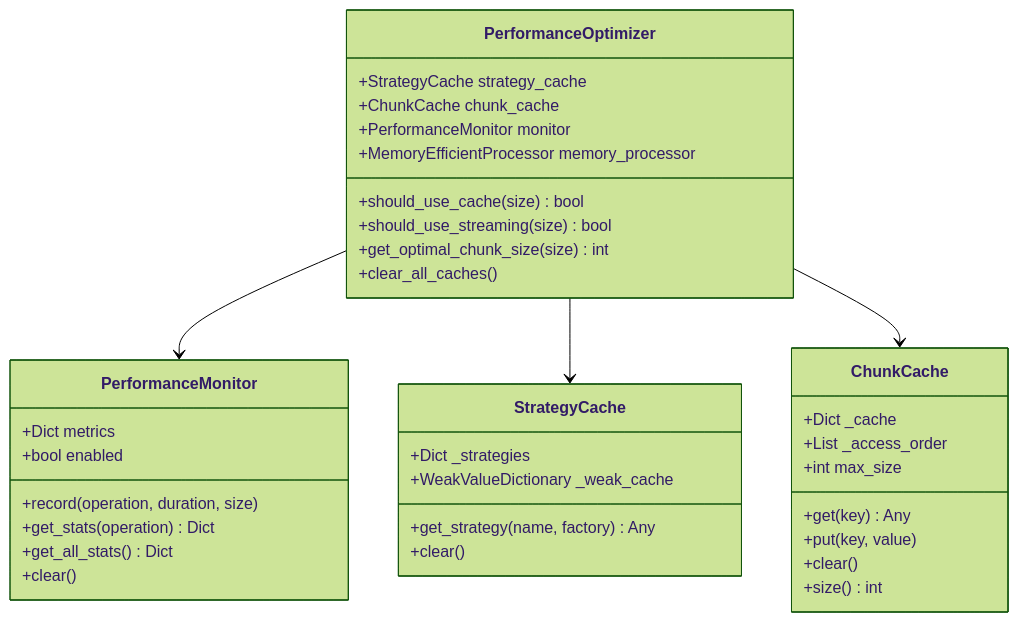
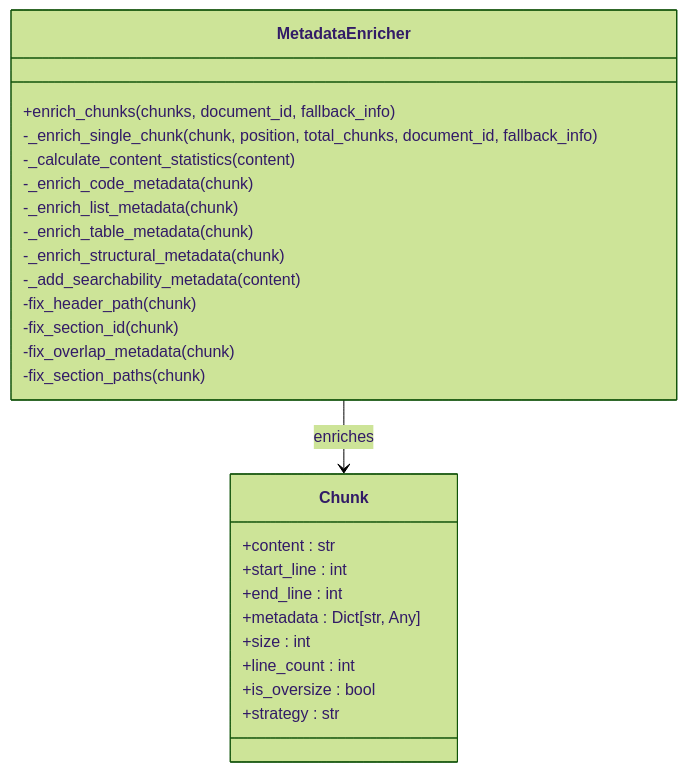
Before and after one commit to asukhodko/dify-markdown-chunker: the second of 6 diagrams in .qoder/repowiki/en/content/Advanced Features/Advanced Features.md, drawn with Mermaid (forest theme). The commit also changed other lines of this file and 205 other files, not shown here.

````diff
--- a/.qoder/repowiki/en/content/Advanced Features/Advanced Features.md
+++ b/.qoder/repowiki/en/content/Advanced Features/Advanced Features.md
@@ -108,39 +76,28 @@
 ```mermaid
 classDiagram
-class PerformanceMonitor {
-+Dict metrics
-+bool enabled
-+record(operation, duration, size)
-+get_stats(operation) Dict
-+get_all_stats() Dict
-+clear()
+class MetadataEnricher {
++enrich_chunks(chunks, document_id, fallback_info)
+-_enrich_single_chunk(chunk, position, total_chunks, document_id, fallback_info)
+-_calculate_content_statistics(content)
+-_enrich_code_metadata(chunk)
+-_enrich_list_metadata(chunk)
+-_enrich_table_metadata(chunk)
+-_enrich_structural_metadata(chunk)
+-_add_searchability_metadata(content)
+-fix_header_path(chunk)
+-fix_section_id(chunk)
+-fix_overlap_metadata(chunk)
+-fix_section_paths(chunk)
 }
-class PerformanceOptimizer {
-+StrategyCache strategy_cache
-+ChunkCache chunk_cache
-+PerformanceMonitor monitor
-+MemoryEfficientProcessor memory_processor
-+should_use_cache(size) bool
-+should_use_streaming(size) bool
-+get_optimal_chunk_size(size) int
-+clear_all_caches()
+class Chunk {
++content : str
++start_line : int
++end_line : int
++metadata : Dict[str, Any]
++size : int
++line_count : int
++is_oversize : bool
++strategy : str
 }
-class StrategyCache {
-+Dict _strategies
-+WeakValueDictionary _weak_cache
-+get_strategy(name, factory) Any
-+clear()
-}
-class ChunkCache {
-+Dict _cache
-+List _access_order
-+int max_size
-+get(key) Any
-+put(key, value)
-+clear()
-+size() int
-}
-PerformanceOptimizer --> PerformanceMonitor
-PerformanceOptimizer --> StrategyCache
-PerformanceOptimizer --> ChunkCache
+MetadataEnricher --> Chunk : enriches
 ```
````
